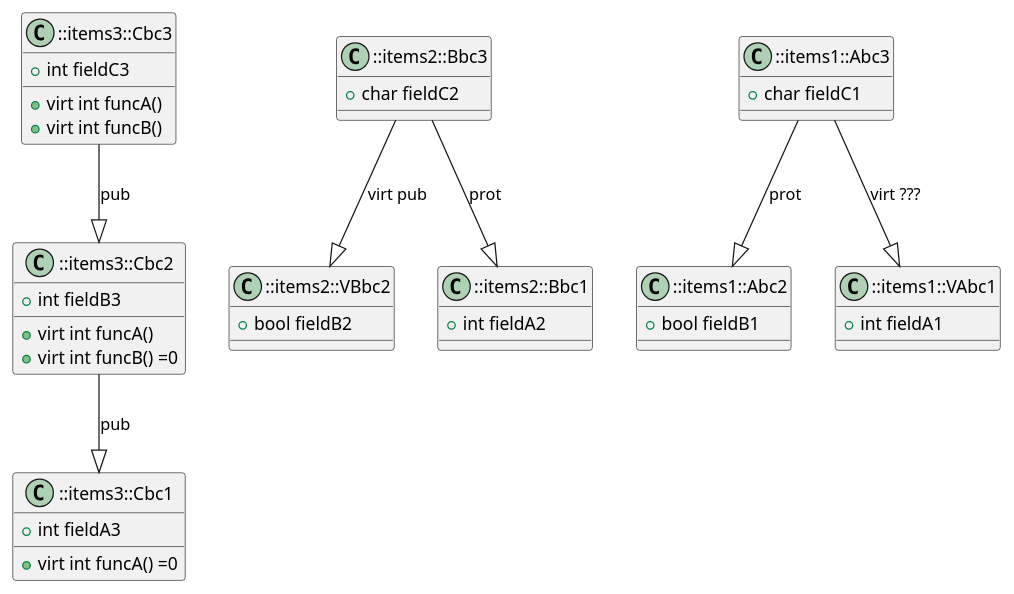
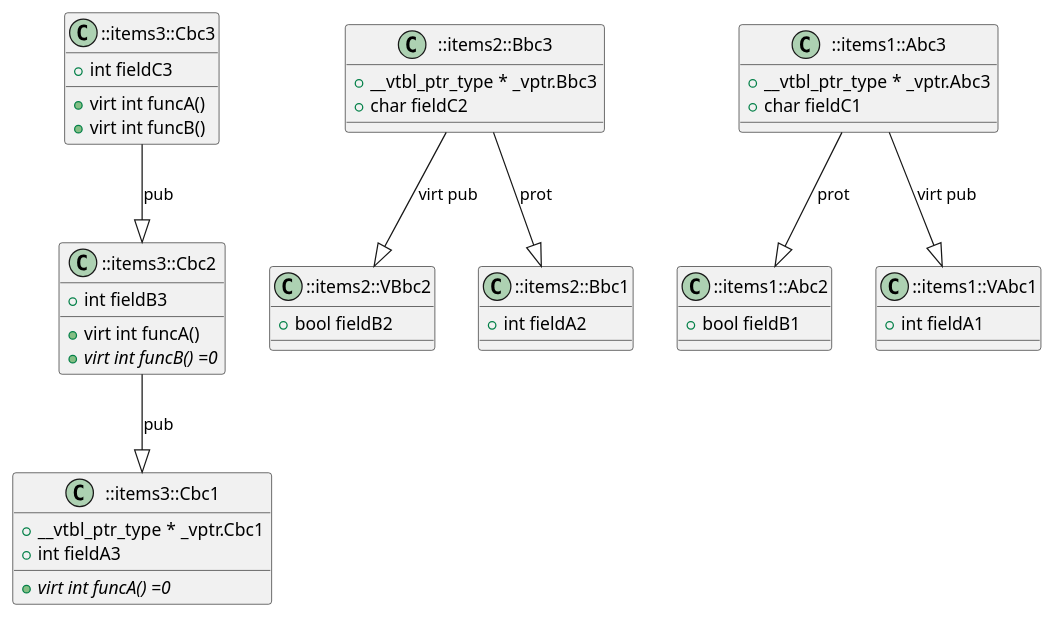
The diagram in examples/inheritgraph/inherit_virt.cpp.puml (anetczuk/gcc-uml), drawn with PlantUML before and after one commit. The commit also changed 44 other files, not shown here.

```diff
--- a/examples/inheritgraph/inherit_virt.cpp.puml
+++ b/examples/inheritgraph/inherit_virt.cpp.puml
@@ -1,49 +1,52 @@
 @startuml
 
 class "::items3::Cbc3" as item_0 {
     {field} + int fieldC3
     {method} +virt int funcA() 
     {method} +virt int funcB() 
 }
 class "::items3::Cbc2" as item_1 {
     {field} + int fieldB3
     {method} +virt int funcA() 
-    {method} +virt int funcB() =0
+    {method} {abstract} +virt int funcB() =0
 }
 class "::items3::Cbc1" as item_2 {
+    {field} + __vtbl_ptr_type * _vptr.Cbc1
     {field} + int fieldA3
-    {method} +virt int funcA() =0
+    {method} {abstract} +virt int funcA() =0
 }
 class "::items2::Bbc3" as item_3 {
+    {field} + __vtbl_ptr_type * _vptr.Bbc3
     {field} + char fieldC2
 }
 class "::items2::VBbc2" as item_4 {
     {field} + bool fieldB2
 }
 class "::items2::Bbc1" as item_5 {
     {field} + int fieldA2
 }
 class "::items1::Abc3" as item_6 {
+    {field} + __vtbl_ptr_type * _vptr.Abc3
     {field} + char fieldC1
 }
 class "::items1::Abc2" as item_7 {
     {field} + bool fieldB1
 }
 class "::items1::VAbc1" as item_8 {
     {field} + int fieldA1
 }
 
 ' ::items3::Cbc3 --|> ::items3::Cbc2
 item_0 --|> item_1: "pub"
 ' ::items3::Cbc2 --|> ::items3::Cbc1
 item_1 --|> item_2: "pub"
+' ::items2::Bbc3 --|> ::items2::Bbc1
+item_3 --|> item_5: "prot"
 ' ::items2::Bbc3 --|> ::items2::VBbc2
 item_3 --|> item_4: "virt pub"
-' ::items2::Bbc3 --|> ::items2::Bbc1
-item_3 --|> item_5: "prot"
+' ::items1::Abc3 --|> ::items1::VAbc1
+item_6 --|> item_8: "virt pub"
 ' ::items1::Abc3 --|> ::items1::Abc2
 item_6 --|> item_7: "prot"
-' ::items1::Abc3 --|> ::items1::VAbc1
-item_6 --|> item_8: "virt ???"
 
 @enduml
```
